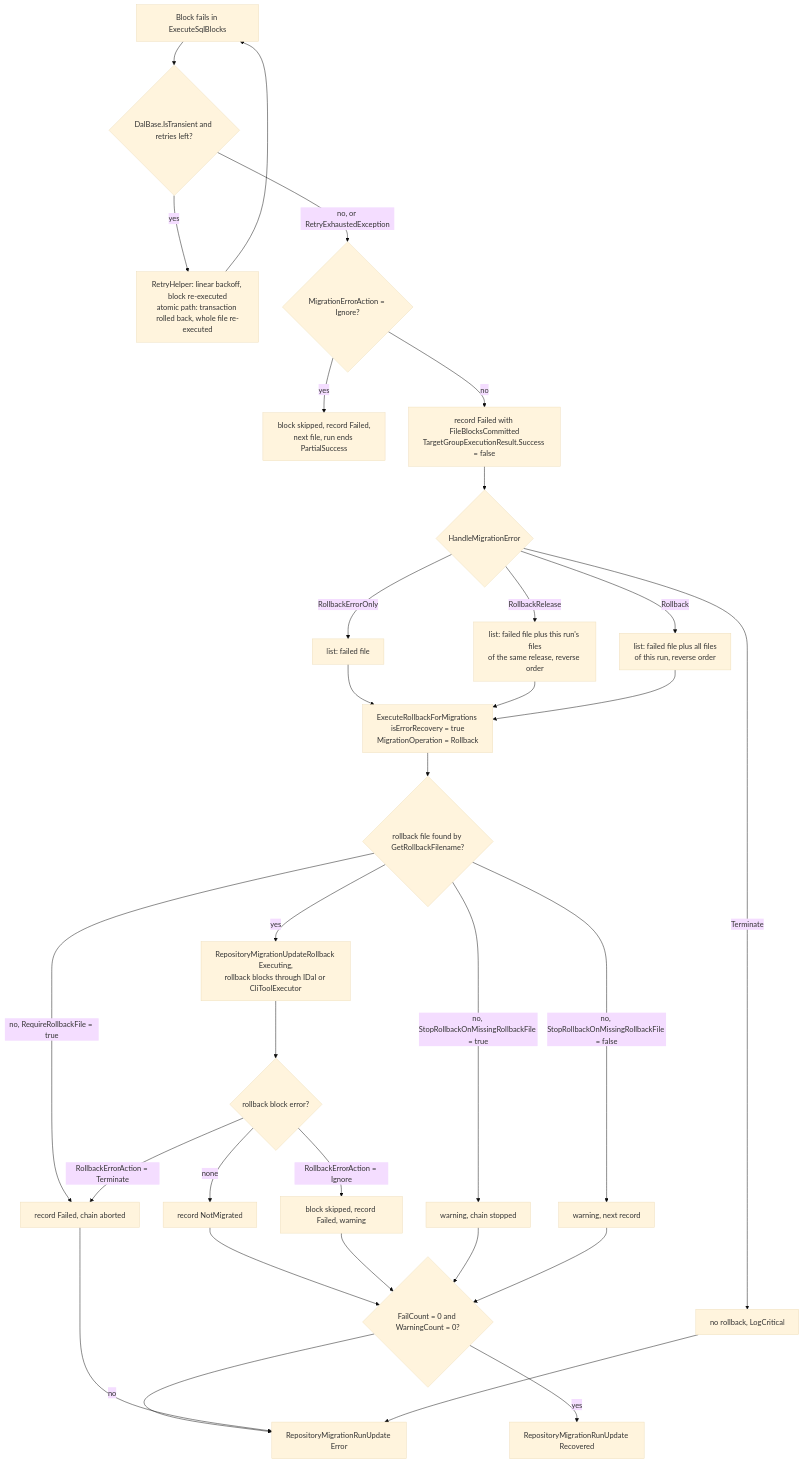
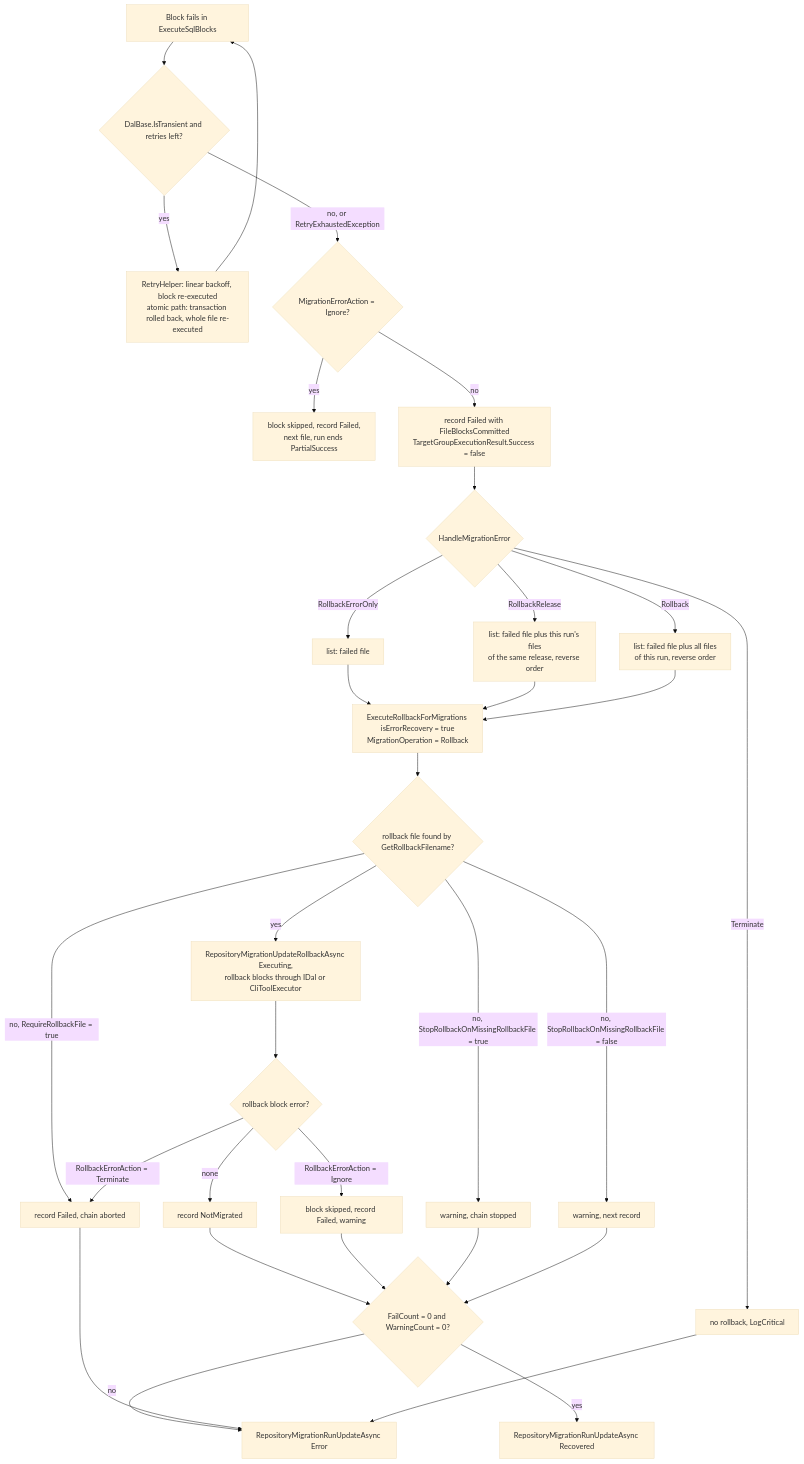
Before and after one commit to RAYCOON/RayMigrator: the fifth of 6 diagrams in Docs/arc42/06-Runtime-View.md, drawn with Mermaid (base theme). The commit also changed other lines of this file and 136 other files, not shown here.

````diff
--- a/Docs/arc42/06-Runtime-View.md
+++ b/Docs/arc42/06-Runtime-View.md
@@ -243,34 +247,34 @@
 ```mermaid
 flowchart TD
     B[Block fails in ExecuteSqlBlocks] --> T{DalBase.IsTransient and retries left?}
     T -->|yes| R[RetryHelper: linear backoff, block re-executed<br/>atomic path: transaction rolled back, whole file re-executed]
     R --> B
     T -->|no, or RetryExhaustedException| I{MigrationErrorAction = Ignore?}
     I -->|yes| IG[block skipped, record Failed,<br/>next file, run ends PartialSuccess]
     I -->|no| F[record Failed with FileBlocksCommitted<br/>TargetGroupExecutionResult.Success = false]
     F --> H{HandleMigrationError}
     H -->|Terminate| E1[no rollback, LogCritical]
     H -->|RollbackErrorOnly| L1[list: failed file]
     H -->|RollbackRelease| L2[list: failed file plus this run's files<br/>of the same release, reverse order]
     H -->|Rollback| L3[list: failed file plus all files<br/>of this run, reverse order]
     L1 --> X
     L2 --> X
     L3 --> X[ExecuteRollbackForMigrations isErrorRecovery = true<br/>MigrationOperation = Rollback]
     X --> M{rollback file found by GetRollbackFilename?}
     M -->|no, RequireRollbackFile = true| A1[record Failed, chain aborted]
     M -->|no, StopRollbackOnMissingRollbackFile = true| A2[warning, chain stopped]
     M -->|no, StopRollbackOnMissingRollbackFile = false| A3[warning, next record]
-    M -->|yes| Y[RepositoryMigrationUpdateRollback Executing,<br/>rollback blocks through IDal or CliToolExecutor]
+    M -->|yes| Y[RepositoryMigrationUpdateRollbackAsync Executing,<br/>rollback blocks through IDal or CliToolExecutor]
     Y --> Z{rollback block error?}
     Z -->|RollbackErrorAction = Terminate| A1
     Z -->|RollbackErrorAction = Ignore| W[block skipped, record Failed, warning]
     Z -->|none| N[record NotMigrated]
     N --> OK{FailCount = 0 and WarningCount = 0?}
     W --> OK
     A2 --> OK
     A3 --> OK
-    OK -->|yes| REC[RepositoryMigrationRunUpdate Recovered]
-    OK -->|no| ERR[RepositoryMigrationRunUpdate Error]
+    OK -->|yes| REC[RepositoryMigrationRunUpdateAsync Recovered]
+    OK -->|no| ERR[RepositoryMigrationRunUpdateAsync Error]
     A1 --> ERR
     E1 --> ERR
 ```
````
